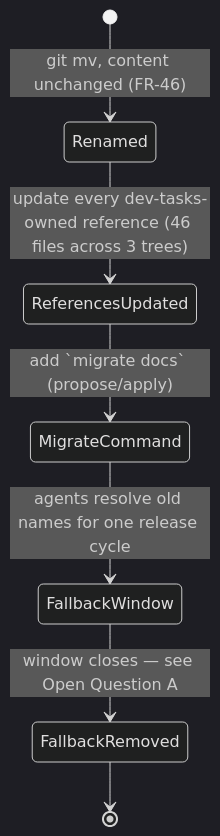
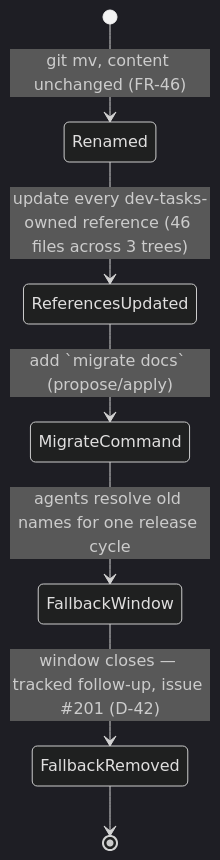
One commit to llipe/dev-tasks changed the third of 4 diagrams in workstream/specification-shared-understanding-phase-1.md. Above: the diagram before and after it, drawn with Mermaid (dark theme). The commit also changed other lines of this file and 1 other file, not shown here.

First line of the commit message:
docs(workstream): resolve Phase 1 spec open questions (D-42 to D-45)

````diff
--- a/workstream/specification-shared-understanding-phase-1.md
+++ b/workstream/specification-shared-understanding-phase-1.md
@@ -127,9 +128,9 @@
 ```mermaid
 stateDiagram-v2
     [*] --> Renamed: git mv, content unchanged (FR-46)
     Renamed --> ReferencesUpdated: update every dev-tasks-owned reference (46 files across 3 trees)
     ReferencesUpdated --> MigrateCommand: add `migrate docs` (propose/apply)
     MigrateCommand --> FallbackWindow: agents resolve old names for one release cycle
-    FallbackWindow --> FallbackRemoved: window closes — see Open Question A
+    FallbackWindow --> FallbackRemoved: window closes — tracked follow-up, issue #201 (D-42)
     FallbackRemoved --> [*]
 ```
````
